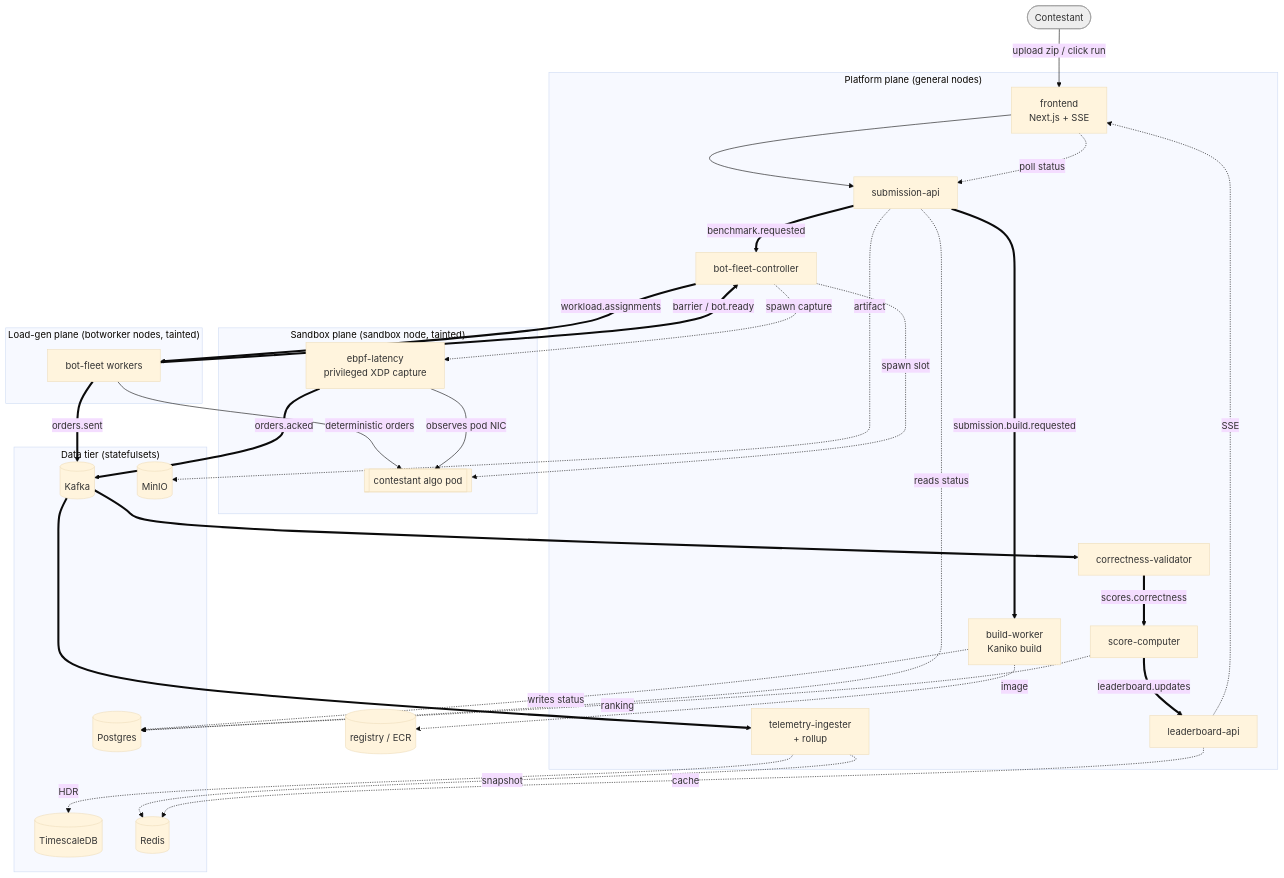
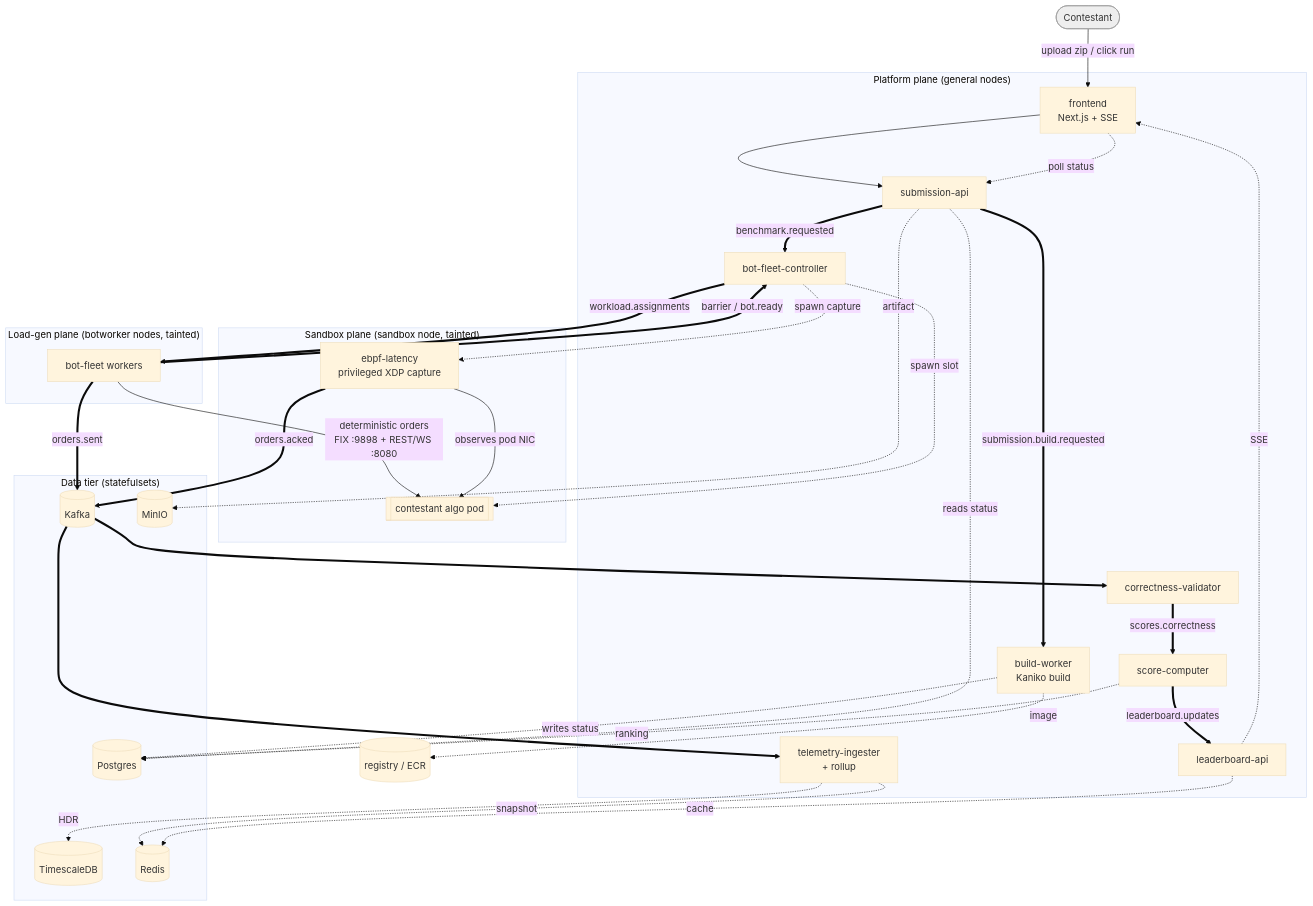
Before and after one commit to agrawalx/match-bench: the first of 14 diagrams in docs/architecture/ARCHITECTURE.md, drawn with Mermaid (base theme). The commit also changed other lines of this file and 1 other file, not shown here.

First line of the commit message:
docs:(architecture) full rewrite in plain documentation prose + multi-contestant audit

````diff
--- a/docs/architecture/ARCHITECTURE.md
+++ b/docs/architecture/ARCHITECTURE.md
@@ -143,60 +150,60 @@
 ```mermaid
 flowchart TB
     user([Contestant]):::ext
 
     subgraph platform["Platform plane (general nodes)"]
       fe[frontend<br/>Next.js + SSE]
       sub[submission-api]
       build[build-worker<br/>Kaniko build]
       ctl[bot-fleet-controller]
       val[correctness-validator]
       ing[telemetry-ingester<br/>+ rollup]
       score[score-computer]
       lb[leaderboard-api]
     end
 
     subgraph sandboxplane["Sandbox plane (sandbox node, tainted)"]
       algo[[contestant algo pod]]
       ebpf[ebpf-latency<br/>privileged XDP capture]
     end
 
     subgraph loadplane["Load-gen plane (botworker nodes, tainted)"]
       bots[bot-fleet workers]
     end
 
     subgraph data["Data tier (statefulsets)"]
       kafka[(Kafka)]
       pg[(Postgres)]
       ts[(TimescaleDB)]
       redis[(Redis)]
       minio[(MinIO)]
     end
 
     user -->|upload zip / click run| fe --> sub
     fe -.poll status.-> sub
     sub -.artifact.-> minio
     sub ==>|submission.build.requested| build
     build -.writes status.-> pg
     build -.image.-> ecr[(registry / ECR)]
     sub -.reads status.-> pg
     sub ==>|benchmark.requested| ctl
     ctl -.spawn slot.-> algo
     ctl -.spawn capture.-> ebpf
     ctl ==>|workload.assignments| bots
     bots ==>|barrier / bot.ready| ctl
-    bots -->|deterministic orders| algo
+    bots -->|"deterministic orders<br/>FIX :9898 + REST/WS :8080"| algo
     bots ==>|orders.sent| kafka
     ebpf -->|observes pod NIC| algo
     ebpf ==>|orders.acked| kafka
     kafka ==> ing
     kafka ==> val
     ing -.HDR.-> ts
     ing -.snapshot.-> redis
     val ==>|scores.correctness| score
     score ==>|leaderboard.updates| lb
     score -.ranking.-> pg
     lb -.cache.-> redis
     lb -.SSE.-> fe
 
     classDef ext fill:#eee,stroke:#999,color:#333;
 ```
````
